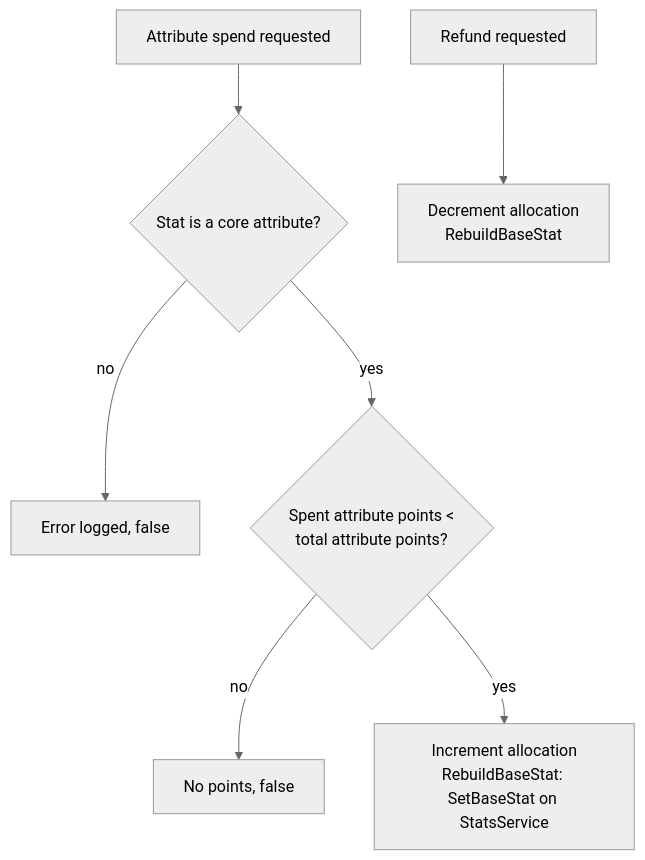
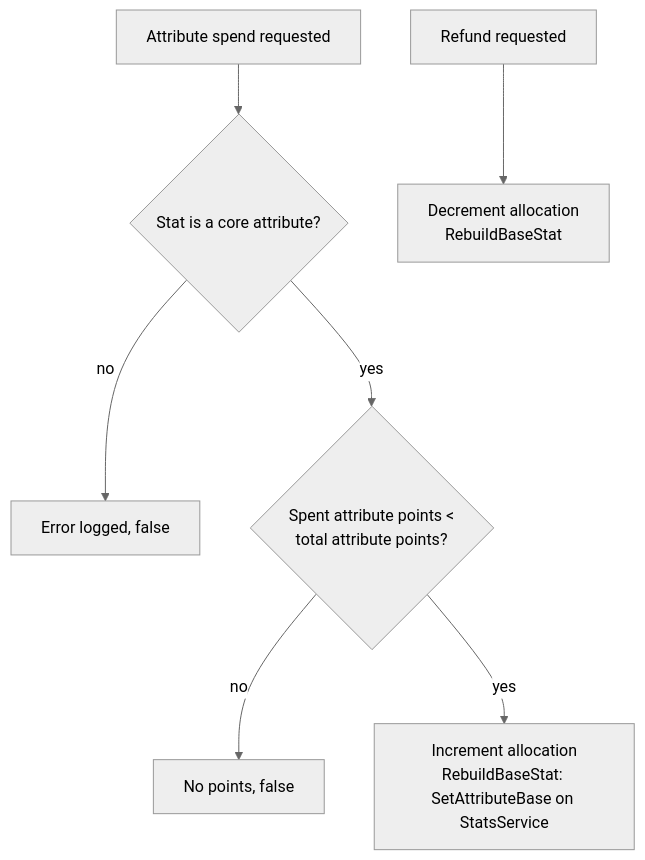
Before and after one commit to Relativ9/Sol: diagram 13 of 16 in Docs/DECISION_TREES.md, drawn with Mermaid (neutral theme). The commit also changed 84 other files, not shown here.

````diff
--- a/Docs/DECISION_TREES.md
+++ b/Docs/DECISION_TREES.md
@@ -253,9 +253,9 @@
 ```mermaid
 flowchart TD
   A["Attribute spend requested"] --> B{"Stat is a core attribute?"}
   B -- no --> X1["Error logged, false"]
   B -- yes --> C{"Spent attribute points <\ntotal attribute points?"}
   C -- no --> X2["No points, false"]
-  C -- yes --> D["Increment allocation\nRebuildBaseStat: SetBaseStat on StatsService"]
+  C -- yes --> D["Increment allocation\nRebuildBaseStat: SetAttributeBase on StatsService"]
   E["Refund requested"] --> F["Decrement allocation\nRebuildBaseStat"]
 ```
````
